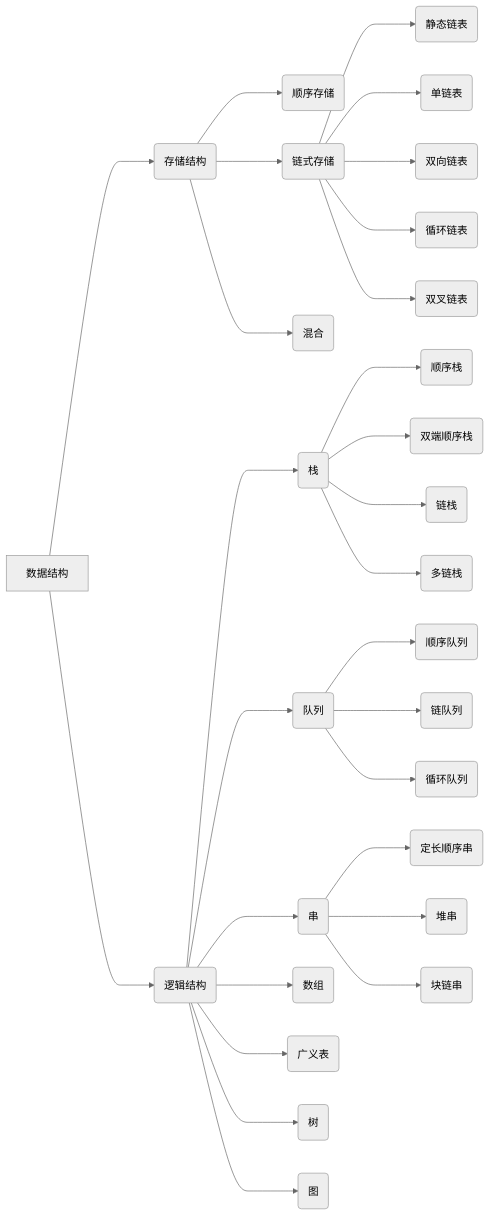
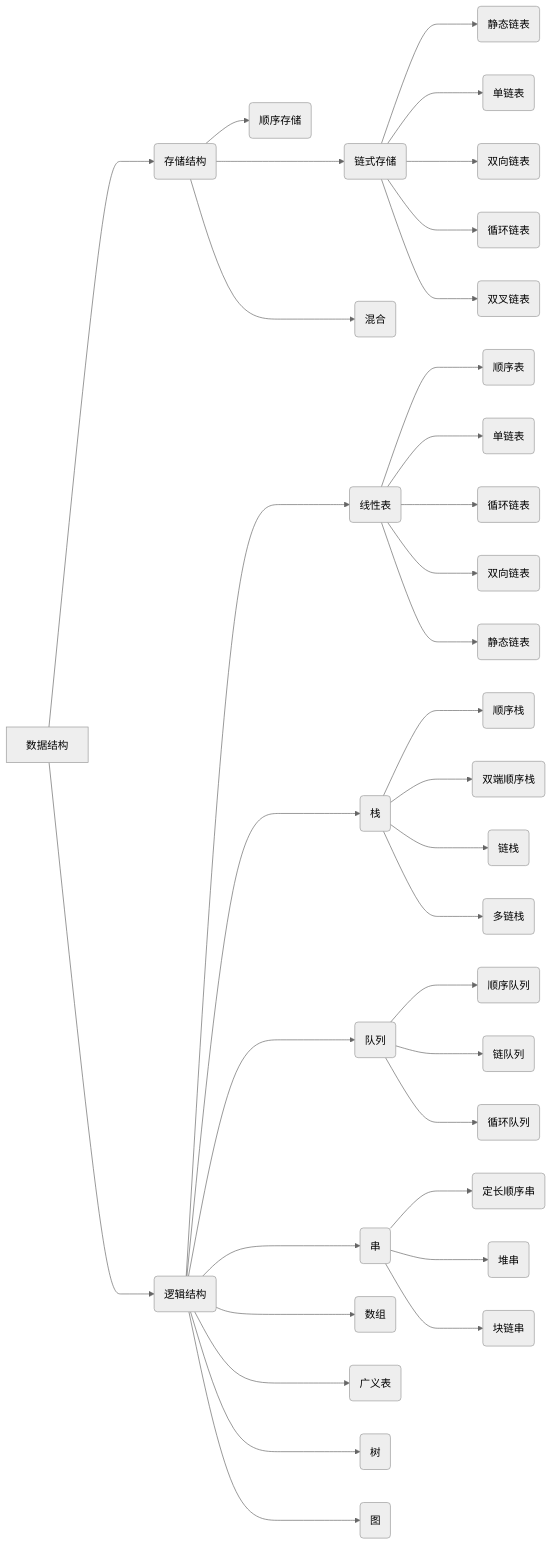
The diagram in md/Data Struct .md (mumu176/learnc), drawn with Mermaid (neutral theme) before and after one commit. The commit also changed other lines of this file, not shown here.

````diff
--- a/md/Data Struct .md
+++ b/md/Data Struct .md
@@ -5,38 +5,45 @@
 ```mermaid
 graph LR
 A[数据结构]
 A--->B1(存储结构)
 A--->B2(逻辑结构)
 
-B1--->B11(顺序存储)
+B1-->B11(顺序存储)
 B1--->B12(链式存储)
 B1--->B13(混合)
+B2--->B20(线性表)
 B2--->B21(栈)
 B2--->B22(队列)
 B2--->B23(串)
 B2--->B24(数组)
 B2--->B25(广义表)
 B2--->B26(树)
 B2--->B27(图)
 
 B12--->B120(静态链表)
 B12--->B121(单链表)
 B12--->B122(双向链表)
 B12--->B123(循环链表)
 B12--->B124(双叉链表)
+
+B20--->B201(顺序表)
+B20--->B202(单链表)
+B20--->B203(循环链表)
+B20--->B204(双向链表)
+B20--->B205(静态链表)
 
 B21--->B211(顺序栈)
 B21--->B212(双端顺序栈)
 B21--->B213(链栈)
 B21--->B214(多链栈)
 
 B22--->B221(顺序队列)
 B22--->B222(链队列)
 B22--->B223(循环队列)
 
 B23--->B231(定长顺序串)
 B23--->B232(堆串)
 B23--->B233(块链串)
 
 
 ```
````
